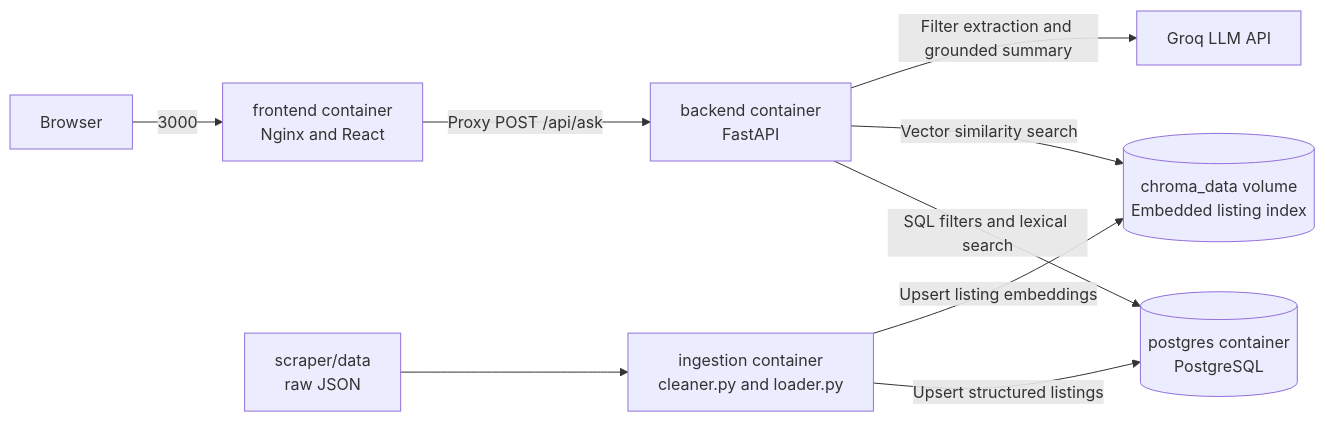
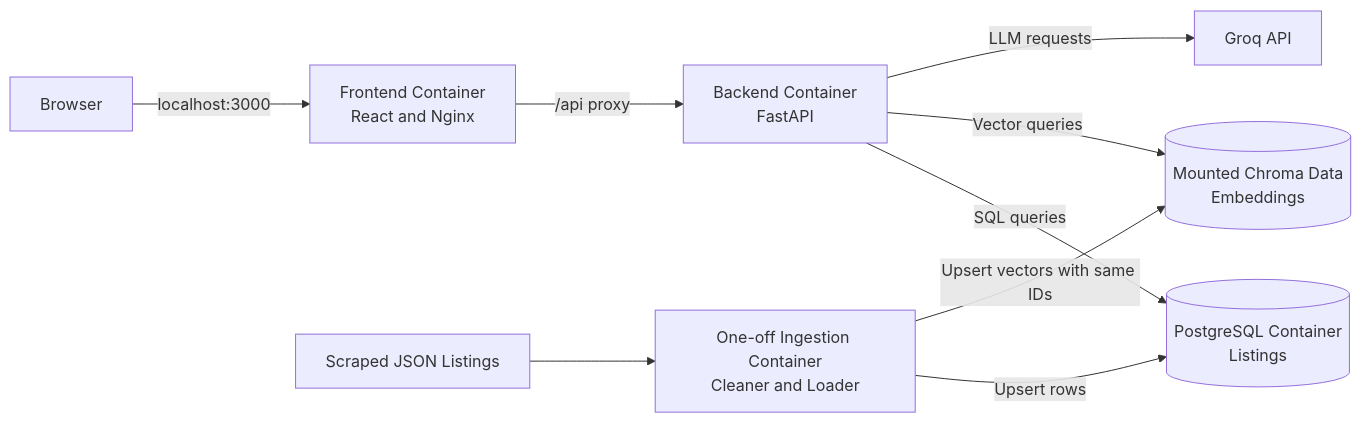
Before and after one commit to abd-04/olx_rag: the third of 4 diagrams in README.md, drawn with Mermaid. The commit also changed other lines of this file, not shown here.

Commit message:
Rewrite README with C4 deployment diagrams

````diff
--- a/README.md
+++ b/README.md
@@ -59,12 +92,12 @@
 ```mermaid
 flowchart LR
-    B[Browser] -->|3000| FE[frontend container<br/>Nginx and React]
-    FE -->|Proxy POST /api/ask| BE[backend container<br/>FastAPI]
-    BE -->|SQL filters and lexical search| PG[(postgres container<br/>PostgreSQL)]
-    BE -->|Vector similarity search| CH[(chroma_data volume<br/>Embedded listing index)]
-    BE -->|Filter extraction and grounded summary| GROQ[Groq LLM API]
+    U[Browser] -->|localhost:3000| FE[Frontend Container<br/>React and Nginx]
+    FE -->|/api proxy| BE[Backend Container<br/>FastAPI]
+    BE -->|SQL queries| PG[(PostgreSQL Container<br/>Listings)]
+    BE -->|Vector queries| CH[(Mounted Chroma Data<br/>Embeddings)]
+    BE -->|LLM requests| G[Groq API]
 
-    DATA[scraper/data<br/>raw JSON] --> ING[ingestion container<br/>cleaner.py and loader.py]
-    ING -->|Upsert structured listings| PG
-    ING -->|Upsert listing embeddings| CH
+    ING[One-off Ingestion Container<br/>Cleaner and Loader] -->|Upsert rows| PG
+    ING -->|Upsert vectors with same IDs| CH
+    RAW[Scraped JSON Listings] --> ING
 ```
````
